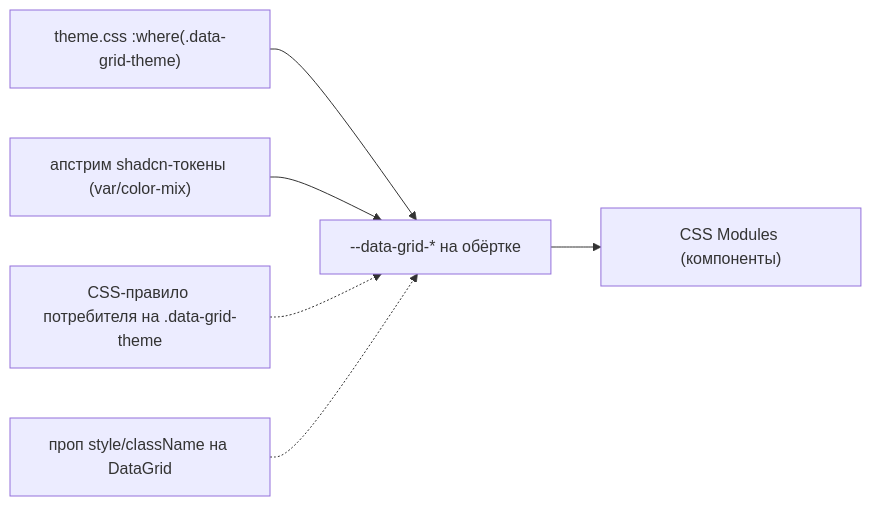
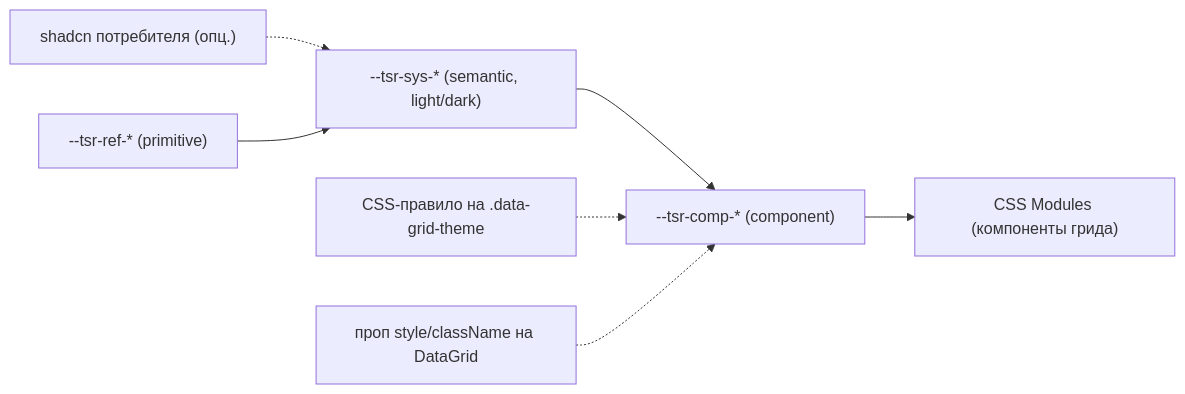
One commit to tessera-grid/tessera changed the diagram in docs/architecture/theming-and-overrides.md. Above: the diagram before and after it, drawn with Mermaid. The commit also changed other lines of this file and 12 other files, not shown here.

````diff
--- a/docs/architecture/theming-and-overrides.md
+++ b/docs/architecture/theming-and-overrides.md
@@ -34,8 +45,9 @@
 ```mermaid
 flowchart LR
-    TC["theme.css :where(.data-grid-theme)"] --> VARS["--data-grid-* на обёртке"]
-    PAL["апстрим shadcn-токены (var/color-mix)"] --> VARS
-    VARS --> CSSM["CSS Modules (компоненты)"]
-    OVERCSS["CSS-правило потребителя на .data-grid-theme"] -.-> VARS
-    OVERINLINE["проп style/className на DataGrid"] -.-> VARS
+    SHADCN["shadcn потребителя (опц.)"] -.-> SYS
+    REF["--tsr-ref-* (primitive)"] --> SYS["--tsr-sys-* (semantic, light/dark)"]
+    SYS --> COMP["--tsr-comp-* (component)"]
+    COMP --> CSSM["CSS Modules (компоненты грида)"]
+    OVERCSS["CSS-правило на .data-grid-theme"] -.-> COMP
+    OVERINLINE["проп style/className на DataGrid"] -.-> COMP
 ```
````
